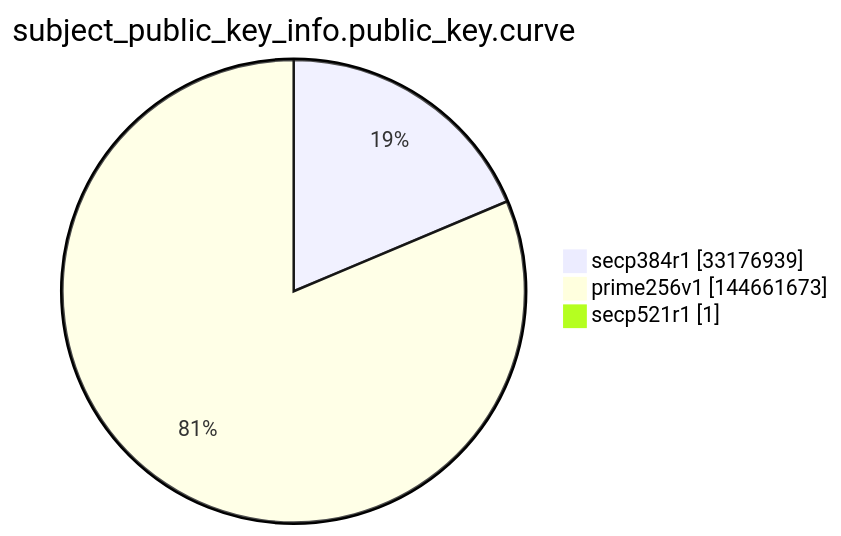
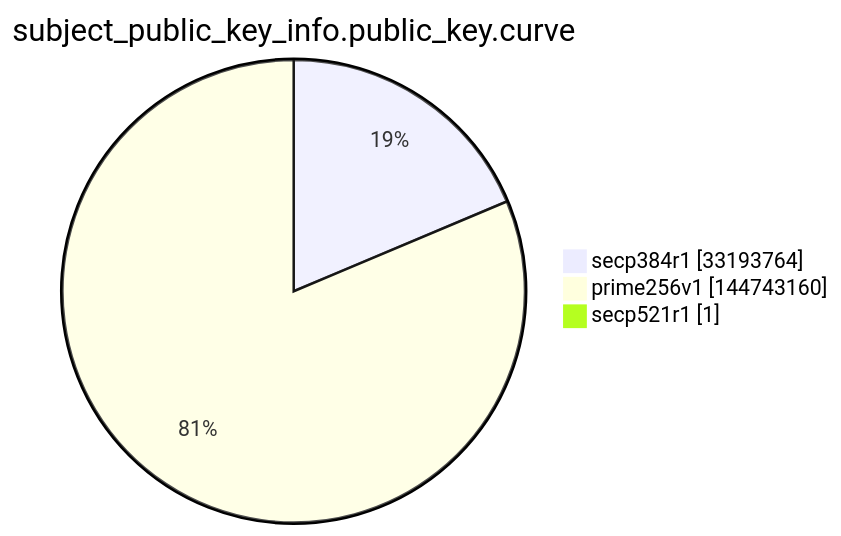
The ninth of 15 diagrams in argon2022/README.md (christiankrug/ctmonitor_visualization), drawn with Mermaid before and after one commit. The commit also changed other lines of this file, not shown here.

````diff
--- a/argon2022/README.md
+++ b/argon2022/README.md
@@ -2764,7 +2764,7 @@
 ```mermaid
 pie showData
 title subject_public_key_info.public_key.curve
-"secp384r1" :33176939
-"prime256v1" :144661673
+"secp384r1" :33193764
+"prime256v1" :144743160
 "secp521r1" :1
 ```
````
